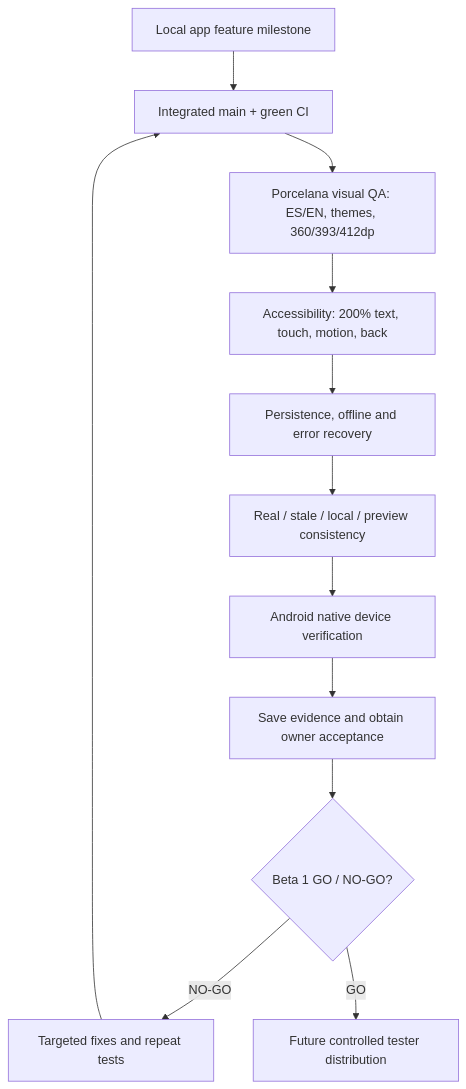
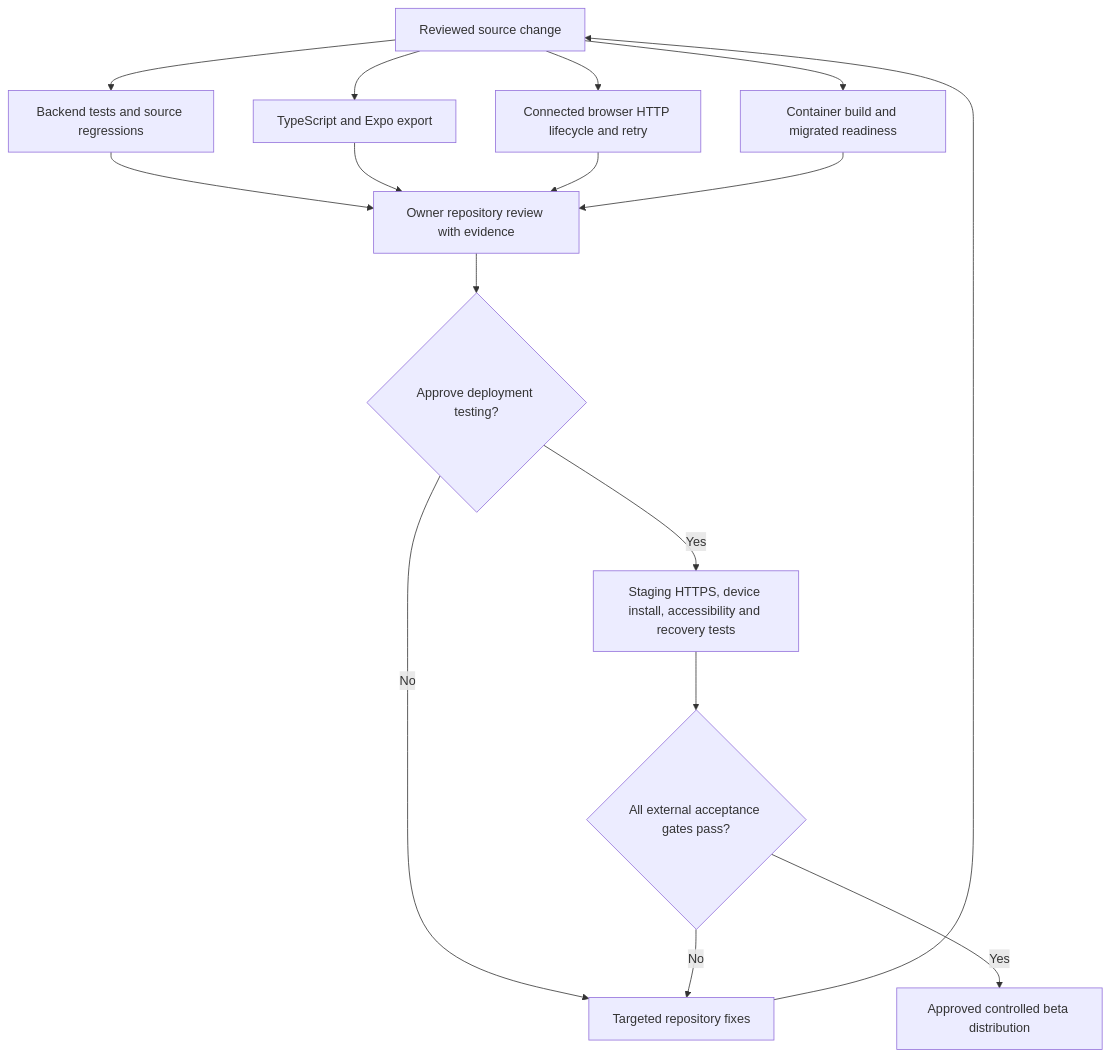
Before and after one commit to AngelP17/PanaPulse: the ninth of 9 diagrams in docs/architecture/PANAPULSE_TECHNICAL_ARCHITECTURE.md, drawn with Mermaid. The commit also changed other lines of this file and 13 other files, not shown here.

Commit message:
docs(beta): reconcile Mermaid architecture, API contracts and owner acceptance

````diff
--- a/docs/architecture/PANAPULSE_TECHNICAL_ARCHITECTURE.md
+++ b/docs/architecture/PANAPULSE_TECHNICAL_ARCHITECTURE.md
@@ -165,14 +235,18 @@
 ```mermaid
 flowchart TD
-    Feature["Local app feature milestone"] --> CI["Integrated main + green CI"]
-    CI --> Visual["Porcelana visual QA: ES/EN, themes, 360/393/412dp"]
-    Visual --> Access["Accessibility: 200% text, touch, motion, back"]
-    Access --> Resilience["Persistence, offline and error recovery"]
-    Resilience --> Trust["Real / stale / local / preview consistency"]
-    Trust --> Device["Android native device verification"]
-    Device --> Evidence["Save evidence and obtain owner acceptance"]
-    Evidence --> Gate{"Beta 1 GO / NO-GO?"}
-    Gate -- NO-GO --> Fix["Targeted fixes and repeat tests"]
-    Fix --> CI
-    Gate -- GO --> Controlled["Future controlled tester distribution"]
+    Change["Reviewed source change"] --> Unit["Backend tests and source regressions"]
+    Change --> Types["TypeScript and Expo export"]
+    Change --> HTTP["Connected browser HTTP lifecycle and retry"]
+    Change --> Image["Container build and migrated readiness"]
+    Unit --> Review["Owner repository review with evidence"]
+    Types --> Review
+    HTTP --> Review
+    Image --> Review
+    Review --> Decision{"Approve deployment testing?"}
+    Decision -- No --> Fix["Targeted repository fixes"]
+    Fix --> Change
+    Decision -- Yes --> External["Staging HTTPS, device install, accessibility and recovery tests"]
+    External --> Gate{"All external acceptance gates pass?"}
+    Gate -- No --> Fix
+    Gate -- Yes --> Beta["Approved controlled beta distribution"]
 ```
````
